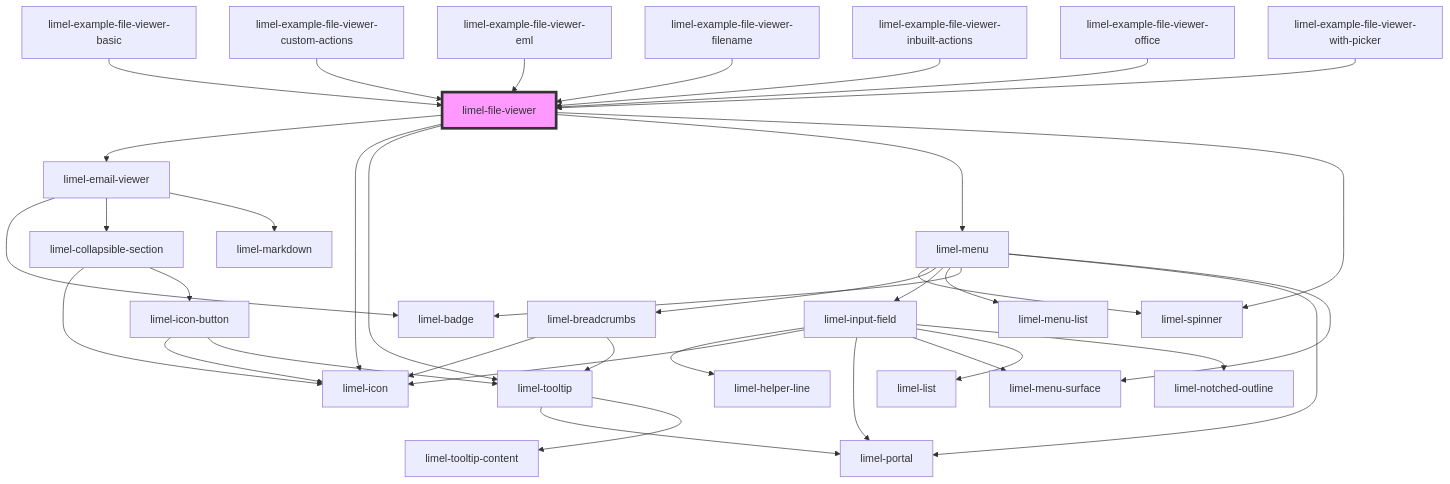
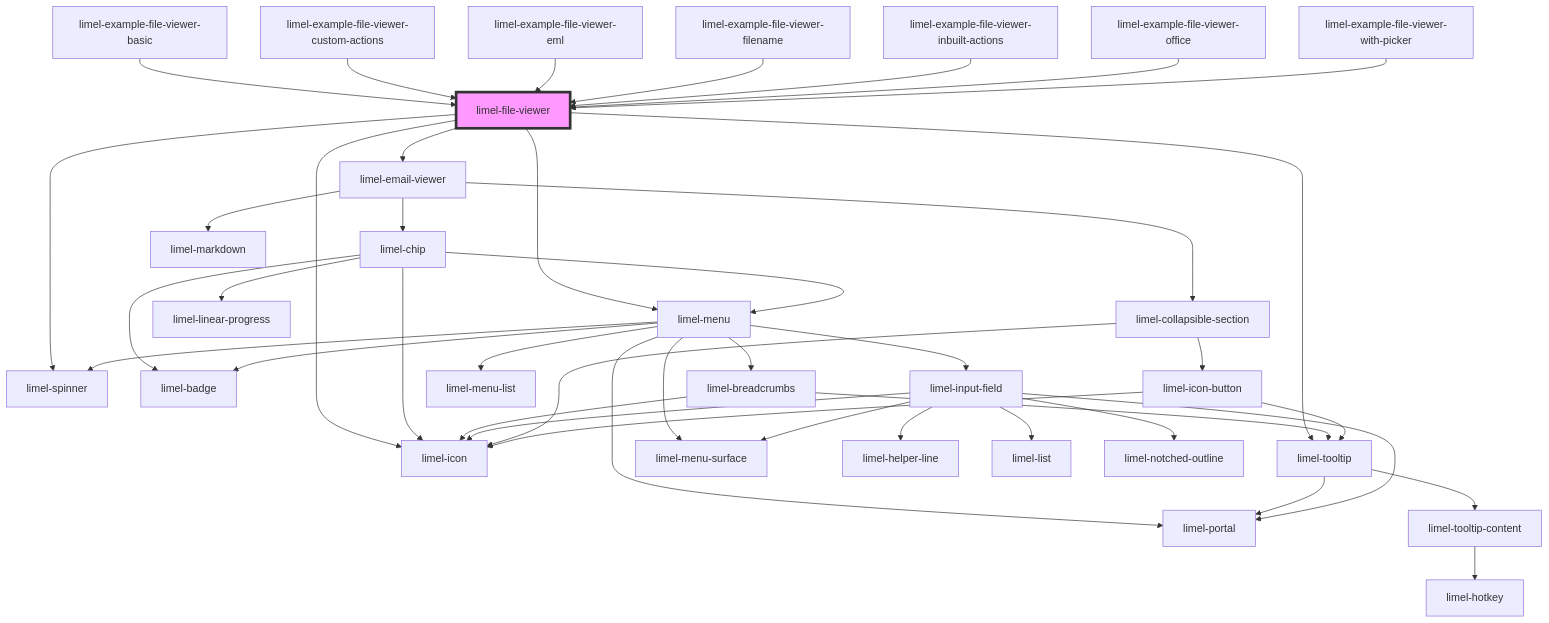
Before and after one commit to Lundalogik/lime-elements: the diagram in versions/PR-3990/markdown-docs/components/file-viewer/readme.md, drawn with Mermaid. The commit also changed 1095 other files, not shown here.

````diff
--- a/versions/PR-3990/markdown-docs/components/file-viewer/readme.md
+++ b/versions/PR-3990/markdown-docs/components/file-viewer/readme.md
@@ -70,40 +70,45 @@
 ```mermaid
 graph TD;
   limel-file-viewer --> limel-email-viewer
   limel-file-viewer --> limel-icon
   limel-file-viewer --> limel-tooltip
   limel-file-viewer --> limel-menu
   limel-file-viewer --> limel-spinner
-  limel-email-viewer --> limel-badge
+  limel-email-viewer --> limel-chip
   limel-email-viewer --> limel-collapsible-section
   limel-email-viewer --> limel-markdown
-  limel-collapsible-section --> limel-icon
-  limel-collapsible-section --> limel-icon-button
-  limel-icon-button --> limel-icon
-  limel-icon-button --> limel-tooltip
-  limel-tooltip --> limel-portal
-  limel-tooltip --> limel-tooltip-content
+  limel-chip --> limel-icon
+  limel-chip --> limel-badge
+  limel-chip --> limel-menu
+  limel-chip --> limel-linear-progress
   limel-menu --> limel-spinner
   limel-menu --> limel-breadcrumbs
   limel-menu --> limel-input-field
   limel-menu --> limel-menu-list
   limel-menu --> limel-badge
   limel-menu --> limel-portal
   limel-menu --> limel-menu-surface
   limel-breadcrumbs --> limel-icon
   limel-breadcrumbs --> limel-tooltip
+  limel-tooltip --> limel-portal
+  limel-tooltip --> limel-tooltip-content
+  limel-tooltip-content --> limel-hotkey
   limel-input-field --> limel-helper-line
   limel-input-field --> limel-icon
   limel-input-field --> limel-portal
   limel-input-field --> limel-menu-surface
   limel-input-field --> limel-list
   limel-input-field --> limel-notched-outline
+  limel-collapsible-section --> limel-icon
+  limel-collapsible-section --> limel-icon-button
+  limel-icon-button --> limel-icon
+  limel-icon-button --> limel-tooltip
   limel-example-file-viewer-basic --> limel-file-viewer
   limel-example-file-viewer-custom-actions --> limel-file-viewer
   limel-example-file-viewer-eml --> limel-file-viewer
   limel-example-file-viewer-filename --> limel-file-viewer
   limel-example-file-viewer-inbuilt-actions --> limel-file-viewer
   limel-example-file-viewer-office --> limel-file-viewer
   limel-example-file-viewer-with-picker --> limel-file-viewer
   style limel-file-viewer fill:#f9f,stroke:#333,stroke-width:4px
 ```
````
